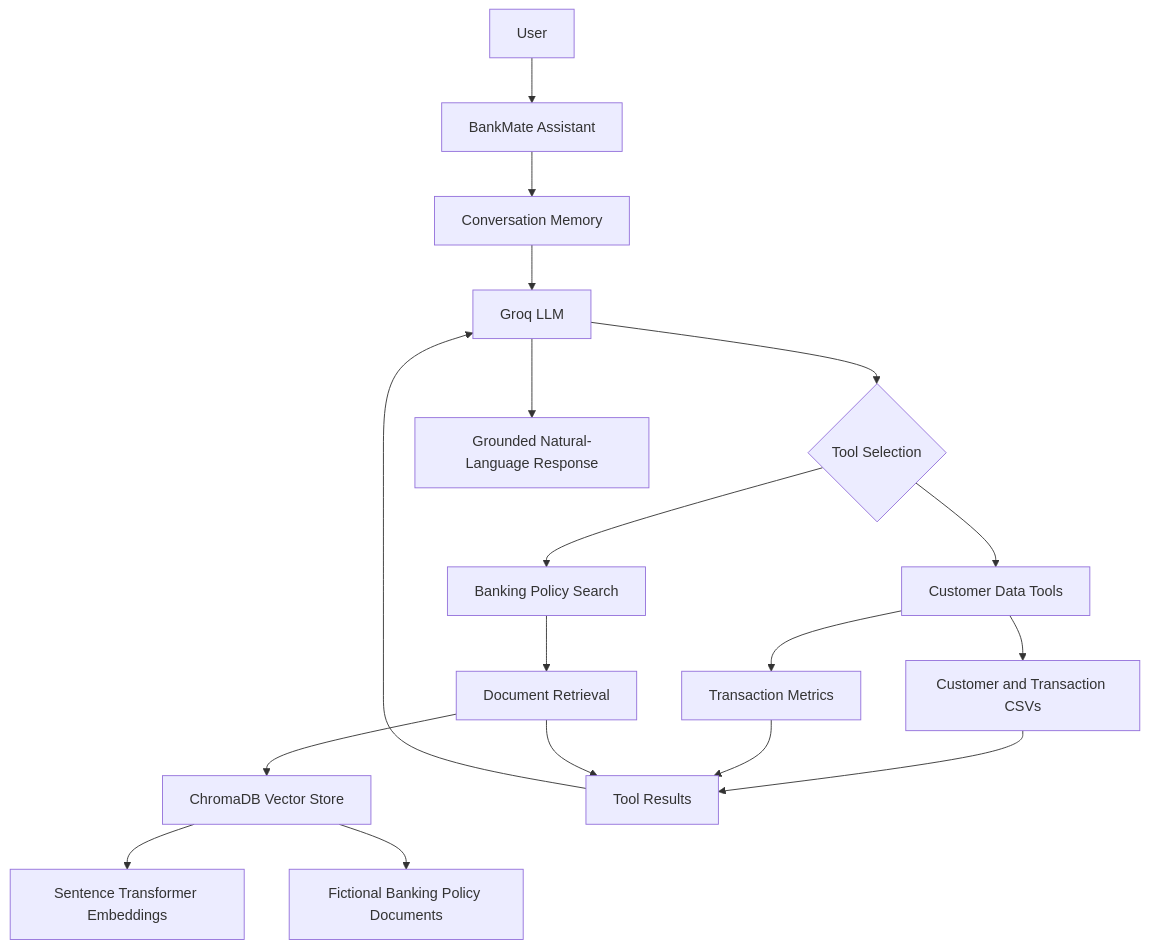
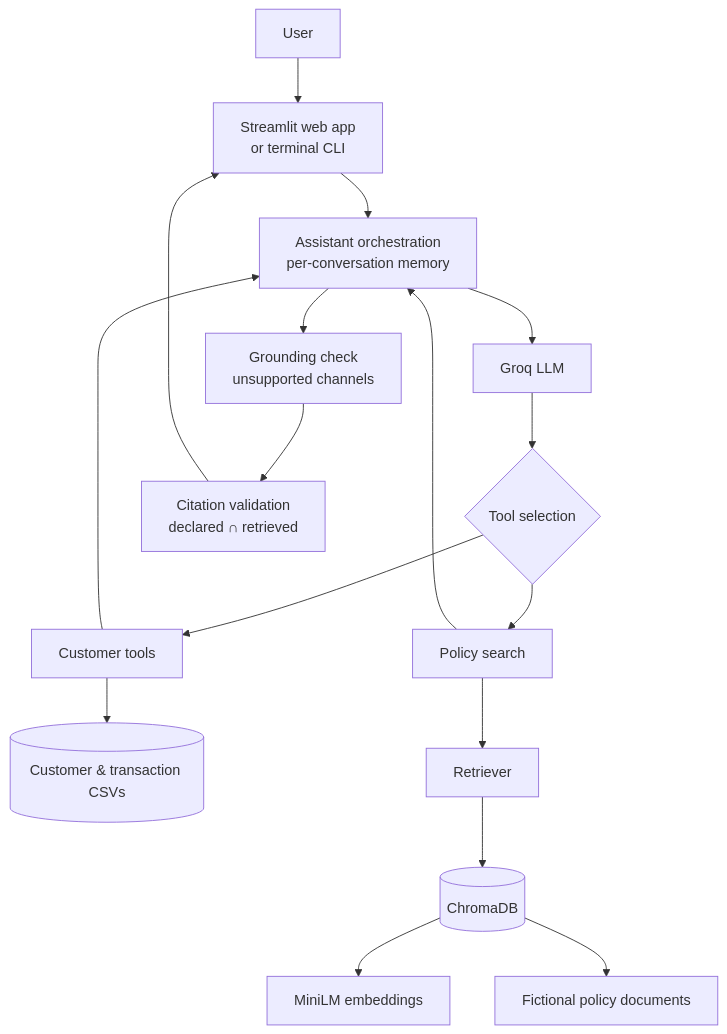
The diagram in README.md (Sinon1310/BankMate), drawn with Mermaid before and after one commit. The commit also changed other lines of this file and 4 other files, not shown here.

First line of the commit message:
Update README with screenshots and current architecture

````diff
--- a/README.md
+++ b/README.md
@@ -30,24 +32,22 @@
 ```mermaid
 flowchart TD
-    A[User] --> B[BankMate Assistant]
-    B --> C[Conversation Memory]
-    C --> D[Groq LLM]
-    D --> E{Tool Selection}
+    U[User] --> UI[Streamlit web app<br/>or terminal CLI]
+    UI --> A[Assistant orchestration<br/>per-conversation memory]
+    A --> L[Groq LLM]
+    L --> T{Tool selection}
 
-    E --> F[Customer Data Tools]
-    E --> G[Banking Policy Search]
+    T --> C[Customer tools]
+    T --> P[Policy search]
 
-    F --> H[Customer and Transaction CSVs]
-    F --> I[Transaction Metrics]
+    C --> D[(Customer & transaction CSVs)]
+    P --> R[Retriever]
+    R --> V[(ChromaDB)]
+    V --> E[MiniLM embeddings]
+    V --> K[Fictional policy documents]
 
-    G --> J[Document Retrieval]
-    J --> K[ChromaDB Vector Store]
-    K --> L[Sentence Transformer Embeddings]
-    K --> M[Fictional Banking Policy Documents]
-
-    H --> N[Tool Results]
-    I --> N
-    J --> N
-    N --> D
-    D --> O[Grounded Natural-Language Response]
+    C --> A
+    P --> A
+    A --> G[Grounding check<br/>unsupported channels]
+    G --> S[Citation validation<br/>declared ∩ retrieved]
+    S --> UI
 ```
````
